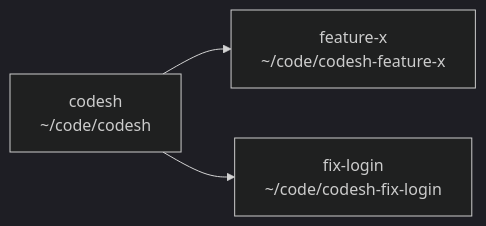
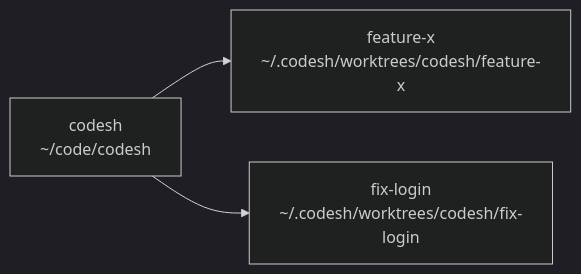
The second of 2 diagrams in docs/product/product-model.md (hugocxl/codesh), drawn with Mermaid (dark theme) before and after one commit. The commit also changed 9 other files, not shown here.

````diff
--- a/docs/product/product-model.md
+++ b/docs/product/product-model.md
@@ -81,5 +81,5 @@
 ```mermaid
 flowchart LR
-    PARENT["codesh<br/>~/code/codesh"] --> FEATURE["feature-x<br/>~/code/codesh-feature-x"]
-    PARENT --> FIX["fix-login<br/>~/code/codesh-fix-login"]
+    PARENT["codesh<br/>~/code/codesh"] --> FEATURE["feature-x<br/>~/.codesh/worktrees/codesh/feature-x"]
+    PARENT --> FIX["fix-login<br/>~/.codesh/worktrees/codesh/fix-login"]
 ```
````
